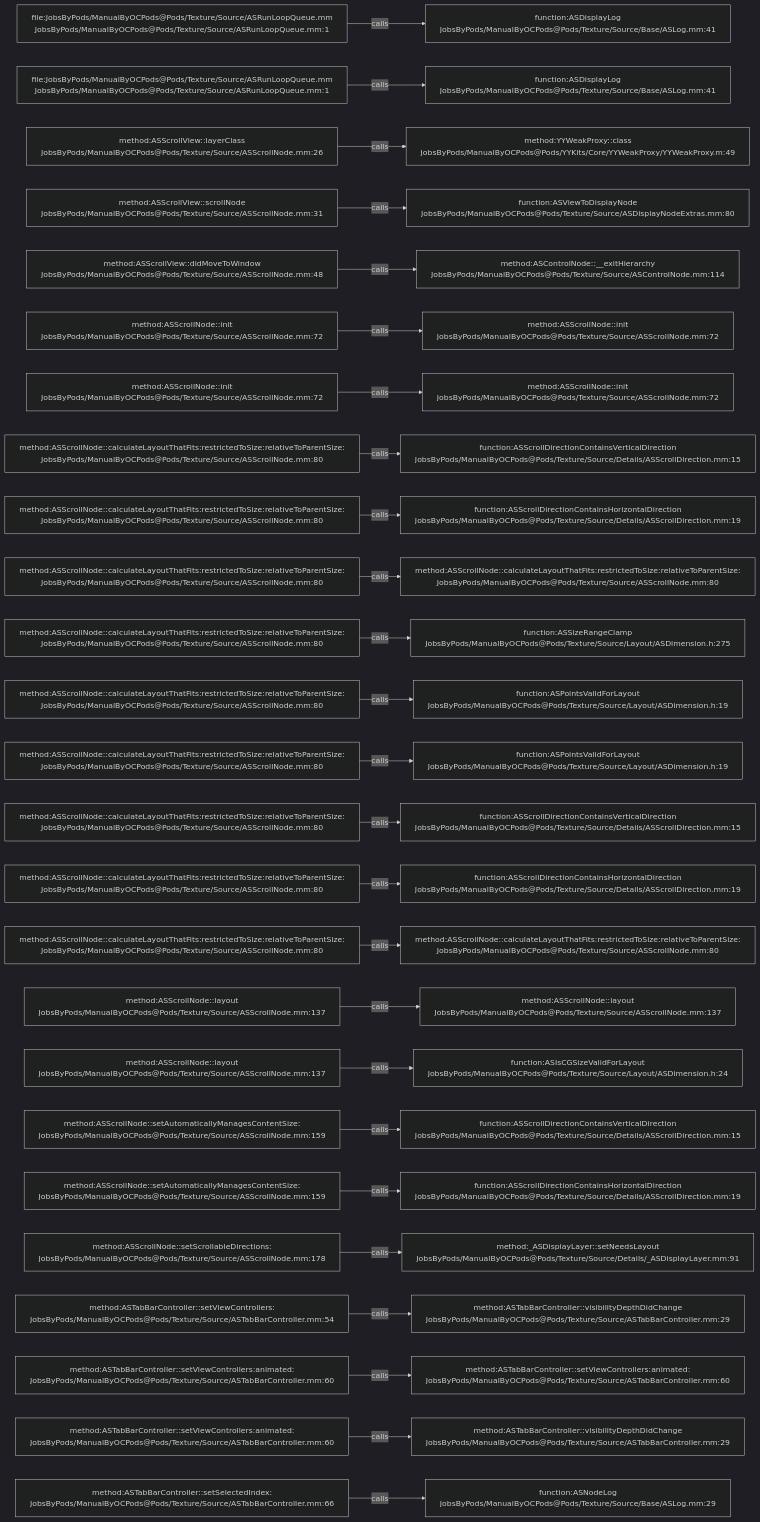
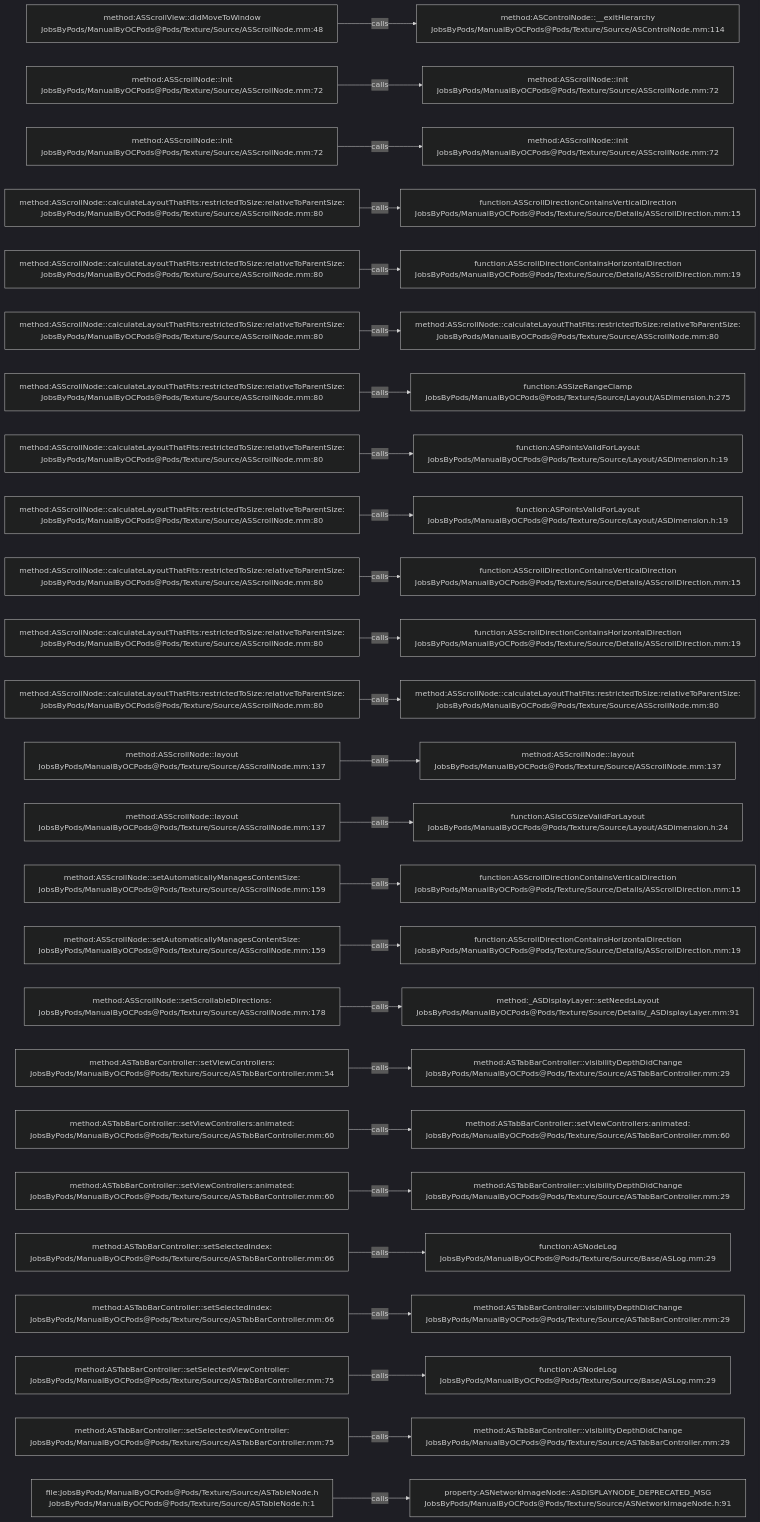
The diagram in .codegraph/codegraph.md/graphs/calls-119.md (JobsKits/JobsOCBaseConfigDemo), drawn with Mermaid (dark theme) before and after one commit. The commit also changed 727 other files, not shown here.

````diff
--- a/.codegraph/codegraph.md/graphs/calls-119.md
+++ b/.codegraph/codegraph.md/graphs/calls-119.md
@@ -13,78 +13,78 @@
 ```mermaid
 flowchart LR
-  S1["file:JobsByPods/ManualByOCPods@Pods/Texture/Source/ASRunLoopQueue.mm<br/>JobsByPods/ManualByOCPods@Pods/Texture/Source/ASRunLoopQueue.mm:1"]
-  T1["function:ASDisplayLog<br/>JobsByPods/ManualByOCPods@Pods/Texture/Source/Base/ASLog.mm:41"]
+  S1["method:ASScrollView::didMoveToWindow<br/>JobsByPods/ManualByOCPods@Pods/Texture/Source/ASScrollNode.mm:48"]
+  T1["method:ASControlNode::__exitHierarchy<br/>JobsByPods/ManualByOCPods@Pods/Texture/Source/ASControlNode.mm:114"]
   S1 -->|calls| T1
-  S2["file:JobsByPods/ManualByOCPods@Pods/Texture/Source/ASRunLoopQueue.mm<br/>JobsByPods/ManualByOCPods@Pods/Texture/Source/ASRunLoopQueue.mm:1"]
-  T2["function:ASDisplayLog<br/>JobsByPods/ManualByOCPods@Pods/Texture/Source/Base/ASLog.mm:41"]
+  S2["method:ASScrollNode::init<br/>JobsByPods/ManualByOCPods@Pods/Texture/Source/ASScrollNode.mm:72"]
+  T2["method:ASScrollNode::init<br/>JobsByPods/ManualByOCPods@Pods/Texture/Source/ASScrollNode.mm:72"]
   S2 -->|calls| T2
-  S3["method:ASScrollView::layerClass<br/>JobsByPods/ManualByOCPods@Pods/Texture/Source/ASScrollNode.mm:26"]
-  T3["method:YYWeakProxy::class<br/>JobsByPods/ManualByOCPods@Pods/YYKits/Core/YYWeakProxy/YYWeakProxy.m:49"]
+  S3["method:ASScrollNode::init<br/>JobsByPods/ManualByOCPods@Pods/Texture/Source/ASScrollNode.mm:72"]
+  T3["method:ASScrollNode::init<br/>JobsByPods/ManualByOCPods@Pods/Texture/Source/ASScrollNode.mm:72"]
   S3 -->|calls| T3
-  S4["method:ASScrollView::scrollNode<br/>JobsByPods/ManualByOCPods@Pods/Texture/Source/ASScrollNode.mm:31"]
-  T4["function:ASViewToDisplayNode<br/>JobsByPods/ManualByOCPods@Pods/Texture/Source/ASDisplayNodeExtras.mm:80"]
+  S4["method:ASScrollNode::calculateLayoutThatFits:restrictedToSize:relativeToParentSize:<br/>JobsByPods/ManualByOCPods@Pods/Texture/Source/ASScrollNode.mm:80"]
+  T4["function:ASScrollDirectionContainsVerticalDirection<br/>JobsByPods/ManualByOCPods@Pods/Texture/Source/Details/ASScrollDirection.mm:15"]
   S4 -->|calls| T4
-  S5["method:ASScrollView::didMoveToWindow<br/>JobsByPods/ManualByOCPods@Pods/Texture/Source/ASScrollNode.mm:48"]
-  T5["method:ASControlNode::__exitHierarchy<br/>JobsByPods/ManualByOCPods@Pods/Texture/Source/ASControlNode.mm:114"]
+  S5["method:ASScrollNode::calculateLayoutThatFits:restrictedToSize:relativeToParentSize:<br/>JobsByPods/ManualByOCPods@Pods/Texture/Source/ASScrollNode.mm:80"]
+  T5["function:ASScrollDirectionContainsHorizontalDirection<br/>JobsByPods/ManualByOCPods@Pods/Texture/Source/Details/ASScrollDirection.mm:19"]
   S5 -->|calls| T5
-  S6["method:ASScrollNode::init<br/>JobsByPods/ManualByOCPods@Pods/Texture/Source/ASScrollNode.mm:72"]
-  T6["method:ASScrollNode::init<br/>JobsByPods/ManualByOCPods@Pods/Texture/Source/ASScrollNode.mm:72"]
+  S6["method:ASScrollNode::calculateLayoutThatFits:restrictedToSize:relativeToParentSize:<br/>JobsByPods/ManualByOCPods@Pods/Texture/Source/ASScrollNode.mm:80"]
+  T6["method:ASScrollNode::calculateLayoutThatFits:restrictedToSize:relativeToParentSize:<br/>JobsByPods/ManualByOCPods@Pods/Texture/Source/ASScrollNode.mm:80"]
   S6 -->|calls| T6
-  S7["method:ASScrollNode::init<br/>JobsByPods/ManualByOCPods@Pods/Texture/Source/ASScrollNode.mm:72"]
-  T7["method:ASScrollNode::init<br/>JobsByPods/ManualByOCPods@Pods/Texture/Source/ASScrollNode.mm:72"]
+  S7["method:ASScrollNode::calculateLayoutThatFits:restrictedToSize:relativeToParentSize:<br/>JobsByPods/ManualByOCPods@Pods/Texture/Source/ASScrollNode.mm:80"]
+  T7["function:ASSizeRangeClamp<br/>JobsByPods/ManualByOCPods@Pods/Texture/Source/Layout/ASDimension.h:275"]
   S7 -->|calls| T7
   S8["method:ASScrollNode::calculateLayoutThatFits:restrictedToSize:relativeToParentSize:<br/>JobsByPods/ManualByOCPods@Pods/Texture/Source/ASScrollNode.mm:80"]
-  T8["function:ASScrollDirectionContainsVerticalDirection<br/>JobsByPods/ManualByOCPods@Pods/Texture/Source/Details/ASScrollDirection.mm:15"]
+  T8["function:ASPointsValidForLayout<br/>JobsByPods/ManualByOCPods@Pods/Texture/Source/Layout/ASDimension.h:19"]
   S8 -->|calls| T8
   S9["method:ASScrollNode::calculateLayoutThatFits:restrictedToSize:relativeToParentSize:<br/>JobsByPods/ManualByOCPods@Pods/Texture/Source/ASScrollNode.mm:80"]
-  T9["function:ASScrollDirectionContainsHorizontalDirection<br/>JobsByPods/ManualByOCPods@Pods/Texture/Source/Details/ASScrollDirection.mm:19"]
+  T9["function:ASPointsValidForLayout<br/>JobsByPods/ManualByOCPods@Pods/Texture/Source/Layout/ASDimension.h:19"]
   S9 -->|calls| T9
   S10["method:ASScrollNode::calculateLayoutThatFits:restrictedToSize:relativeToParentSize:<br/>JobsByPods/ManualByOCPods@Pods/Texture/Source/ASScrollNode.mm:80"]
-  T10["method:ASScrollNode::calculateLayoutThatFits:restrictedToSize:relativeToParentSize:<br/>JobsByPods/ManualByOCPods@Pods/Texture/Source/ASScrollNode.mm:80"]
+  T10["function:ASScrollDirectionContainsVerticalDirection<br/>JobsByPods/ManualByOCPods@Pods/Texture/Source/Details/ASScrollDirection.mm:15"]
   S10 -->|calls| T10
   S11["method:ASScrollNode::calculateLayoutThatFits:restrictedToSize:relativeToParentSize:<br/>JobsByPods/ManualByOCPods@Pods/Texture/Source/ASScrollNode.mm:80"]
-  T11["function:ASSizeRangeClamp<br/>JobsByPods/ManualByOCPods@Pods/Texture/Source/Layout/ASDimension.h:275"]
+  T11["function:ASScrollDirectionContainsHorizontalDirection<br/>JobsByPods/ManualByOCPods@Pods/Texture/Source/Details/ASScrollDirection.mm:19"]
   S11 -->|calls| T11
   S12["method:ASScrollNode::calculateLayoutThatFits:restrictedToSize:relativeToParentSize:<br/>JobsByPods/ManualByOCPods@Pods/Texture/Source/ASScrollNode.mm:80"]
-  T12["function:ASPointsValidForLayout<br/>JobsByPods/ManualByOCPods@Pods/Texture/Source/Layout/ASDimension.h:19"]
+  T12["method:ASScrollNode::calculateLayoutThatFits:restrictedToSize:relativeToParentSize:<br/>JobsByPods/ManualByOCPods@Pods/Texture/Source/ASScrollNode.mm:80"]
   S12 -->|calls| T12
-  S13["method:ASScrollNode::calculateLayoutThatFits:restrictedToSize:relativeToParentSize:<br/>JobsByPods/ManualByOCPods@Pods/Texture/Source/ASScrollNode.mm:80"]
-  T13["function:ASPointsValidForLayout<br/>JobsByPods/ManualByOCPods@Pods/Texture/Source/Layout/ASDimension.h:19"]
+  S13["method:ASScrollNode::layout<br/>JobsByPods/ManualByOCPods@Pods/Texture/Source/ASScrollNode.mm:137"]
+  T13["method:ASScrollNode::layout<br/>JobsByPods/ManualByOCPods@Pods/Texture/Source/ASScrollNode.mm:137"]
   S13 -->|calls| T13
-  S14["method:ASScrollNode::calculateLayoutThatFits:restrictedToSize:relativeToParentSize:<br/>JobsByPods/ManualByOCPods@Pods/Texture/Source/ASScrollNode.mm:80"]
-  T14["function:ASScrollDirectionContainsVerticalDirection<br/>JobsByPods/ManualByOCPods@Pods/Texture/Source/Details/ASScrollDirection.mm:15"]
+  S14["method:ASScrollNode::layout<br/>JobsByPods/ManualByOCPods@Pods/Texture/Source/ASScrollNode.mm:137"]
+  T14["function:ASIsCGSizeValidForLayout<br/>JobsByPods/ManualByOCPods@Pods/Texture/Source/Layout/ASDimension.h:24"]
   S14 -->|calls| T14
-  S15["method:ASScrollNode::calculateLayoutThatFits:restrictedToSize:relativeToParentSize:<br/>JobsByPods/ManualByOCPods@Pods/Texture/Source/ASScrollNode.mm:80"]
-  T15["function:ASScrollDirectionContainsHorizontalDirection<br/>JobsByPods/ManualByOCPods@Pods/Texture/Source/Details/ASScrollDirection.mm:19"]
+  S15["method:ASScrollNode::setAutomaticallyManagesContentSize:<br/>JobsByPods/ManualByOCPods@Pods/Texture/Source/ASScrollNode.mm:159"]
+  T15["function:ASScrollDirectionContainsVerticalDirection<br/>JobsByPods/ManualByOCPods@Pods/Texture/Source/Details/ASScrollDirection.mm:15"]
   S15 -->|calls| T15
-  S16["method:ASScrollNode::calculateLayoutThatFits:restrictedToSize:relativeToParentSize:<br/>JobsByPods/ManualByOCPods@Pods/Texture/Source/ASScrollNode.mm:80"]
-  T16["method:ASScrollNode::calculateLayoutThatFits:restrictedToSize:relativeToParentSize:<br/>JobsByPods/ManualByOCPods@Pods/Texture/Source/ASScrollNode.mm:80"]
+  S16["method:ASScrollNode::setAutomaticallyManagesContentSize:<br/>JobsByPods/ManualByOCPods@Pods/Texture/Source/ASScrollNode.mm:159"]
+  T16["function:ASScrollDirectionContainsHorizontalDirection<br/>JobsByPods/ManualByOCPods@Pods/Texture/Source/Details/ASScrollDirection.mm:19"]
   S16 -->|calls| T16
-  S17["method:ASScrollNode::layout<br/>JobsByPods/ManualByOCPods@Pods/Texture/Source/ASScrollNode.mm:137"]
-  T17["method:ASScrollNode::layout<br/>JobsByPods/ManualByOCPods@Pods/Texture/Source/ASScrollNode.mm:137"]
+  S17["method:ASScrollNode::setScrollableDirections:<br/>JobsByPods/ManualByOCPods@Pods/Texture/Source/ASScrollNode.mm:178"]
+  T17["method:_ASDisplayLayer::setNeedsLayout<br/>JobsByPods/ManualByOCPods@Pods/Texture/Source/Details/_ASDisplayLayer.mm:91"]
   S17 -->|calls| T17
-  S18["method:ASScrollNode::layout<br/>JobsByPods/ManualByOCPods@Pods/Texture/Source/ASScrollNode.mm:137"]
-  T18["function:ASIsCGSizeValidForLayout<br/>JobsByPods/ManualByOCPods@Pods/Texture/Source/Layout/ASDimension.h:24"]
+  S18["method:ASTabBarController::setViewControllers:<br/>JobsByPods/ManualByOCPods@Pods/Texture/Source/ASTabBarController.mm:54"]
+  T18["method:ASTabBarController::visibilityDepthDidChange<br/>JobsByPods/ManualByOCPods@Pods/Texture/Source/ASTabBarController.mm:29"]
   S18 -->|calls| T18
-  S19["method:ASScrollNode::setAutomaticallyManagesContentSize:<br/>JobsByPods/ManualByOCPods@Pods/Texture/Source/ASScrollNode.mm:159"]
-  T19["function:ASScrollDirectionContainsVerticalDirection<br/>JobsByPods/ManualByOCPods@Pods/Texture/Source/Details/ASScrollDirection.mm:15"]
+  S19["method:ASTabBarController::setViewControllers:animated:<br/>JobsByPods/ManualByOCPods@Pods/Texture/Source/ASTabBarController.mm:60"]
+  T19["method:ASTabBarController::setViewControllers:animated:<br/>JobsByPods/ManualByOCPods@Pods/Texture/Source/ASTabBarController.mm:60"]
   S19 -->|calls| T19
-  S20["method:ASScrollNode::setAutomaticallyManagesContentSize:<br/>JobsByPods/ManualByOCPods@Pods/Texture/Source/ASScrollNode.mm:159"]
-  T20["function:ASScrollDirectionContainsHorizontalDirection<br/>JobsByPods/ManualByOCPods@Pods/Texture/Source/Details/ASScrollDirection.mm:19"]
+  S20["method:ASTabBarController::setViewControllers:animated:<br/>JobsByPods/ManualByOCPods@Pods/Texture/Source/ASTabBarController.mm:60"]
+  T20["method:ASTabBarController::visibilityDepthDidChange<br/>JobsByPods/ManualByOCPods@Pods/Texture/Source/ASTabBarController.mm:29"]
   S20 -->|calls| T20
-  S21["method:ASScrollNode::setScrollableDirections:<br/>JobsByPods/ManualByOCPods@Pods/Texture/Source/ASScrollNode.mm:178"]
-  T21["method:_ASDisplayLayer::setNeedsLayout<br/>JobsByPods/ManualByOCPods@Pods/Texture/Source/Details/_ASDisplayLayer.mm:91"]
+  S21["method:ASTabBarController::setSelectedIndex:<br/>JobsByPods/ManualByOCPods@Pods/Texture/Source/ASTabBarController.mm:66"]
+  T21["function:ASNodeLog<br/>JobsByPods/ManualByOCPods@Pods/Texture/Source/Base/ASLog.mm:29"]
   S21 -->|calls| T21
-  S22["method:ASTabBarController::setViewControllers:<br/>JobsByPods/ManualByOCPods@Pods/Texture/Source/ASTabBarController.mm:54"]
+  S22["method:ASTabBarController::setSelectedIndex:<br/>JobsByPods/ManualByOCPods@Pods/Texture/Source/ASTabBarController.mm:66"]
   T22["method:ASTabBarController::visibilityDepthDidChange<br/>JobsByPods/ManualByOCPods@Pods/Texture/Source/ASTabBarController.mm:29"]
   S22 -->|calls| T22
-  S23["method:ASTabBarController::setViewControllers:animated:<br/>JobsByPods/ManualByOCPods@Pods/Texture/Source/ASTabBarController.mm:60"]
-  T23["method:ASTabBarController::setViewControllers:animated:<br/>JobsByPods/ManualByOCPods@Pods/Texture/Source/ASTabBarController.mm:60"]
+  S23["method:ASTabBarController::setSelectedViewController:<br/>JobsByPods/ManualByOCPods@Pods/Texture/Source/ASTabBarController.mm:75"]
+  T23["function:ASNodeLog<br/>JobsByPods/ManualByOCPods@Pods/Texture/Source/Base/ASLog.mm:29"]
   S23 -->|calls| T23
-  S24["method:ASTabBarController::setViewControllers:animated:<br/>JobsByPods/ManualByOCPods@Pods/Texture/Source/ASTabBarController.mm:60"]
+  S24["method:ASTabBarController::setSelectedViewController:<br/>JobsByPods/ManualByOCPods@Pods/Texture/Source/ASTabBarController.mm:75"]
   T24["method:ASTabBarController::visibilityDepthDidChange<br/>JobsByPods/ManualByOCPods@Pods/Texture/Source/ASTabBarController.mm:29"]
   S24 -->|calls| T24
-  S25["method:ASTabBarController::setSelectedIndex:<br/>JobsByPods/ManualByOCPods@Pods/Texture/Source/ASTabBarController.mm:66"]
-  T25["function:ASNodeLog<br/>JobsByPods/ManualByOCPods@Pods/Texture/Source/Base/ASLog.mm:29"]
+  S25["file:JobsByPods/ManualByOCPods@Pods/Texture/Source/ASTableNode.h<br/>JobsByPods/ManualByOCPods@Pods/Texture/Source/ASTableNode.h:1"]
+  T25["property:ASNetworkImageNode::ASDISPLAYNODE_DEPRECATED_MSG<br/>JobsByPods/ManualByOCPods@Pods/Texture/Source/ASNetworkImageNode.h:91"]
   S25 -->|calls| T25
 ```
````
